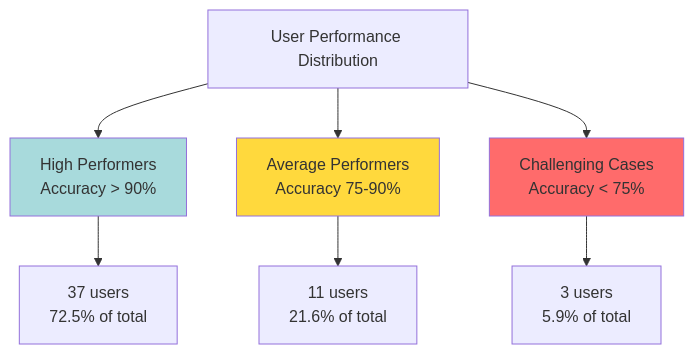
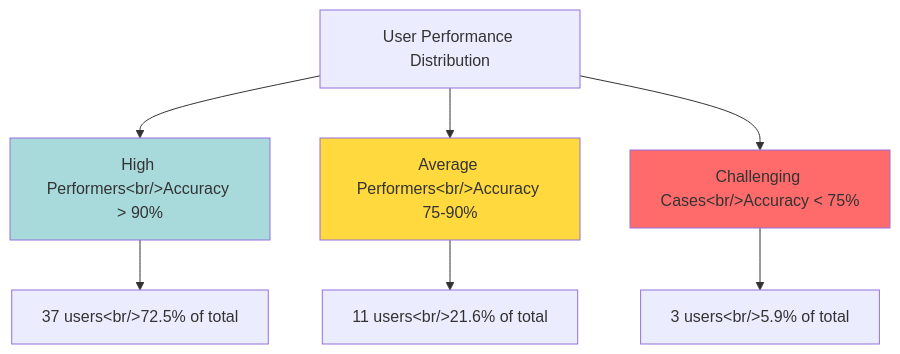
The third of 10 diagrams in docs/publications/technical-papers/continuous-authentication/07 results-performance-analysis.md (anubhab-codes/eigenbytes-site), drawn with Mermaid before and after one commit. The commit also changed other lines of this file, not shown here.

````diff
--- a/docs/publications/technical-papers/continuous-authentication/07 results-performance-analysis.md
+++ b/docs/publications/technical-papers/continuous-authentication/07 results-performance-analysis.md
@@ -131,14 +131,14 @@
 ```mermaid
 graph TB
-    A[User Performance Distribution] --> B[High Performers<br/>Accuracy > 90%]
-    A --> C[Average Performers<br/>Accuracy 75-90%]
-    A --> D[Challenging Cases<br/>Accuracy < 75%]
+    A[User Performance Distribution] --> B[High Performers&lt;br/>Accuracy > 90%]
+    A --> C[Average Performers&lt;br/>Accuracy 75-90%]
+    A --> D[Challenging Cases&lt;br/>Accuracy &lt; 75%]
     
-    B --> E[37 users<br/>72.5% of total]
-    C --> F[11 users<br/>21.6% of total]
-    D --> G[3 users<br/>5.9% of total]
+    B --> E[37 users&lt;br/>72.5% of total]
+    C --> F[11 users&lt;br/>21.6% of total]
+    D --> G[3 users&lt;br/>5.9% of total]
     
     style B fill:#a8dadc
     style C fill:#ffd93d
     style D fill:#ff6b6b
 ```
````
